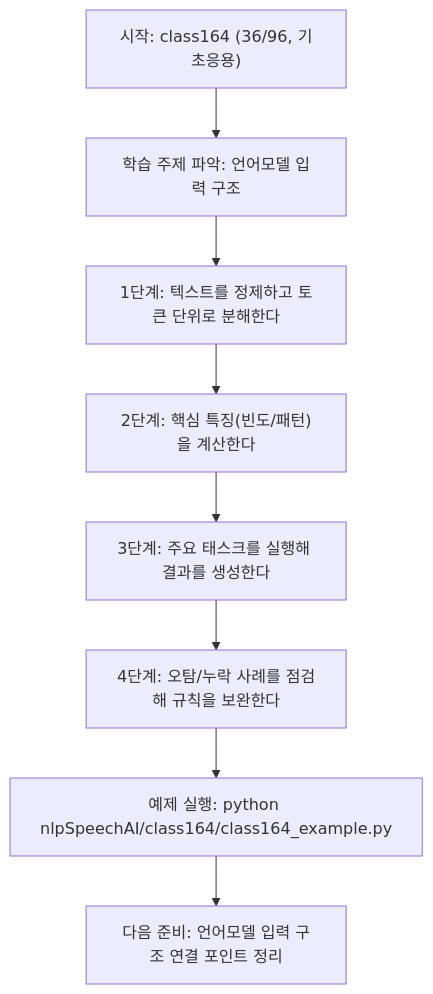
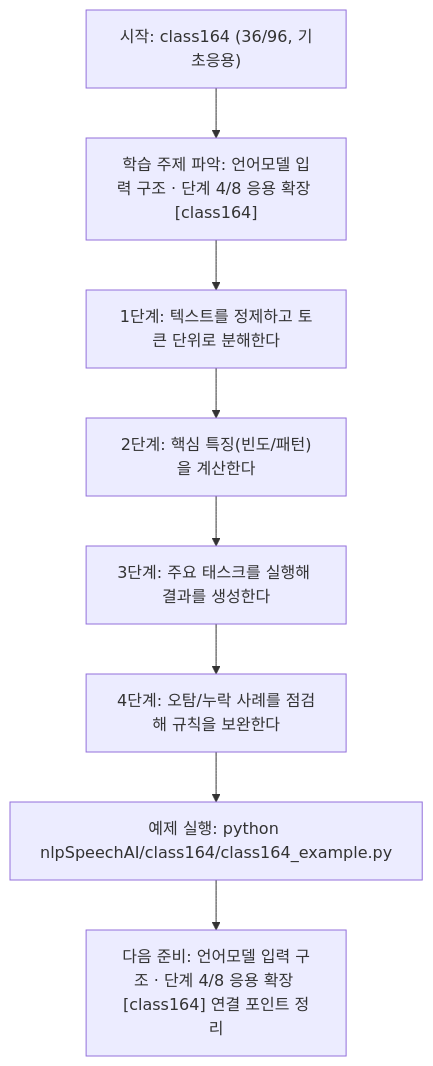
The diagram in nlpSpeechAI/class164/class164.md (edumgt/Python-AI_Agent-Class), drawn with Mermaid before and after one commit. The commit also changed other lines of this file and 522 other files, not shown here.

````diff
--- a/nlpSpeechAI/class164/class164.md
+++ b/nlpSpeechAI/class164/class164.md
@@ -113,18 +114,18 @@
 ```mermaid
 flowchart TD
 N1["시작: class164 (36/96, 기초응용)"]
-N2["학습 주제 파악: 언어모델 입력 구조"]
+N2["학습 주제 파악: 언어모델 입력 구조 · 단계 4/8 응용 확장 [class164]"]
 N3["1단계: 텍스트를 정제하고 토큰 단위로 분해한다"]
 N4["2단계: 핵심 특징(빈도/패턴)을 계산한다"]
 N5["3단계: 주요 태스크를 실행해 결과를 생성한다"]
 N6["4단계: 오탐/누락 사례를 점검해 규칙을 보완한다"]
 N7["예제 실행: python nlpSpeechAI/class164/class164_example.py"]
-N8["다음 준비: 언어모델 입력 구조 연결 포인트 정리"]
+N8["다음 준비: 언어모델 입력 구조 · 단계 4/8 응용 확장 [class164] 연결 포인트 정리"]
 N1 --> N2
 N2 --> N3
 N3 --> N4
 N4 --> N5
 N5 --> N6
 N6 --> N7
 N7 --> N8
 ```
````
